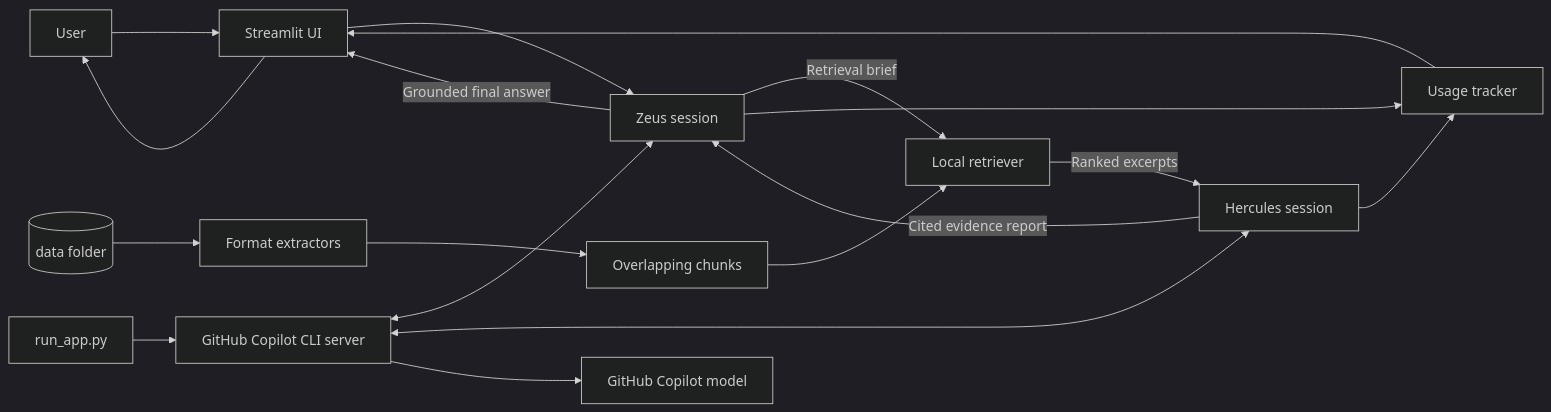
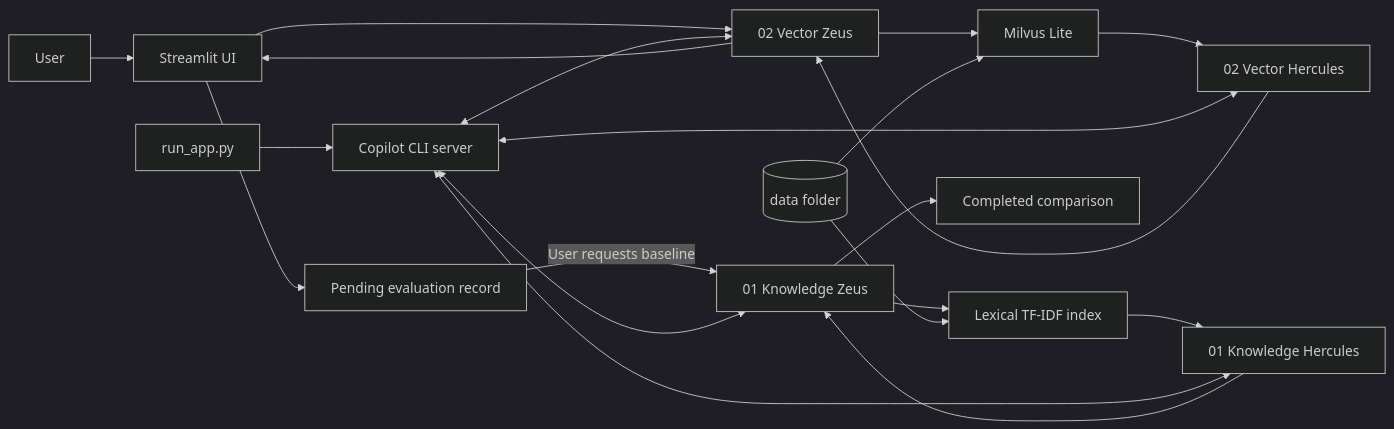
One commit to vsayala/agentic_ai_olympus changed the first of 2 diagrams in README.md. Above: the diagram before and after it, drawn with Mermaid (dark theme). The commit also changed other lines of this file and 35 other files, not shown here.

````diff
--- a/README.md
+++ b/README.md
@@ -24,23 +27,22 @@
 ```mermaid
 flowchart LR
     U[User] --> UI[Streamlit UI]
-    UI --> Z[Zeus session]
-    Z -->|Retrieval brief| R[Local retriever]
-    R -->|Ranked excerpts| H[Hercules session]
-    H -->|Cited evidence report| Z
-    Z -->|Grounded final answer| UI
-    UI --> U
-
-    D[(data folder)] --> I[Format extractors]
-    I --> C[Overlapping chunks]
-    C --> R
-
-    L[run_app.py] --> CLI[GitHub Copilot CLI server]
-    CLI <--> Z
-    CLI <--> H
-    CLI --> G[GitHub Copilot model]
-
-    Z --> T[Usage tracker]
-    H --> T
-    T --> UI
+   UI --> VZ[02 Vector Zeus]
+   VZ --> V[Milvus Lite]
+   V --> VH[02 Vector Hercules]
+   VH --> VZ
+   VZ --> UI
+   UI --> R[Pending evaluation record]
+   R -->|User requests baseline| KZ[01 Knowledge Zeus]
+   KZ --> K[Lexical TF-IDF index]
+   K --> KH[01 Knowledge Hercules]
+   KH --> KZ
+   KZ --> E[Completed comparison]
+   D[(data folder)] --> V
+   D --> K
+   L[run_app.py] --> CLI[Copilot CLI server]
+   CLI <--> VZ
+   CLI <--> VH
+   CLI <--> KZ
+   CLI <--> KH
 ```
````
